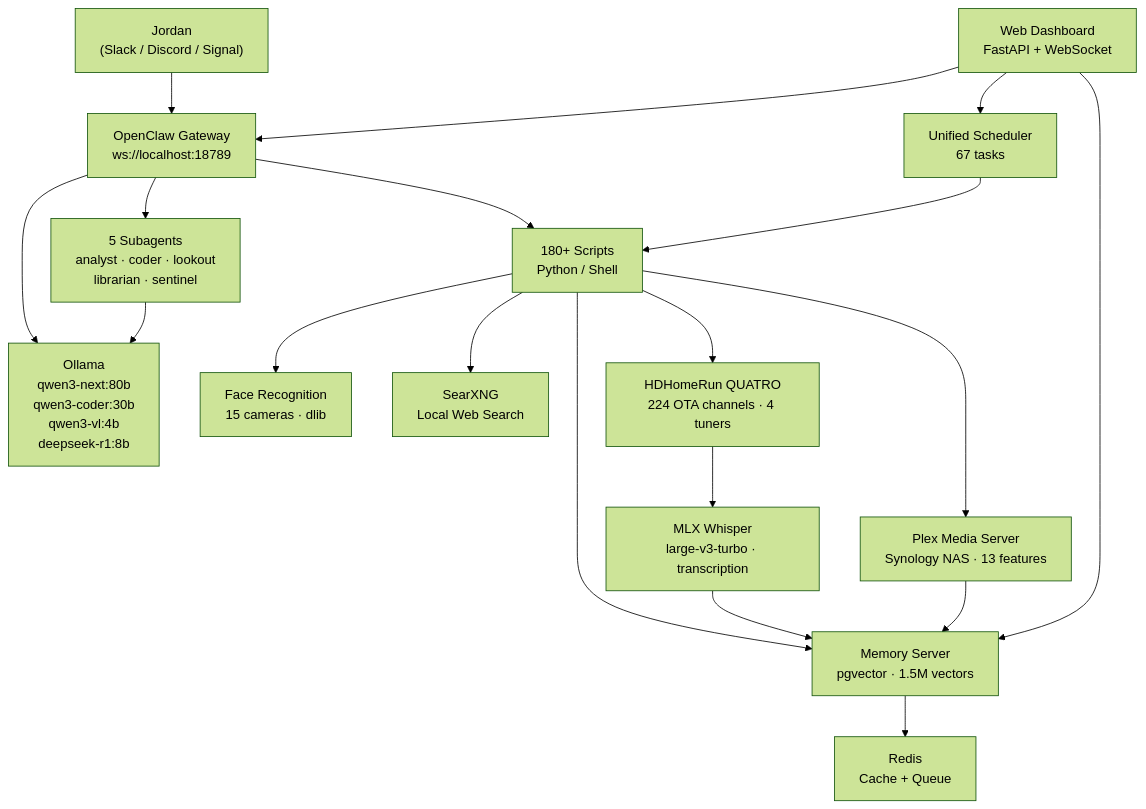
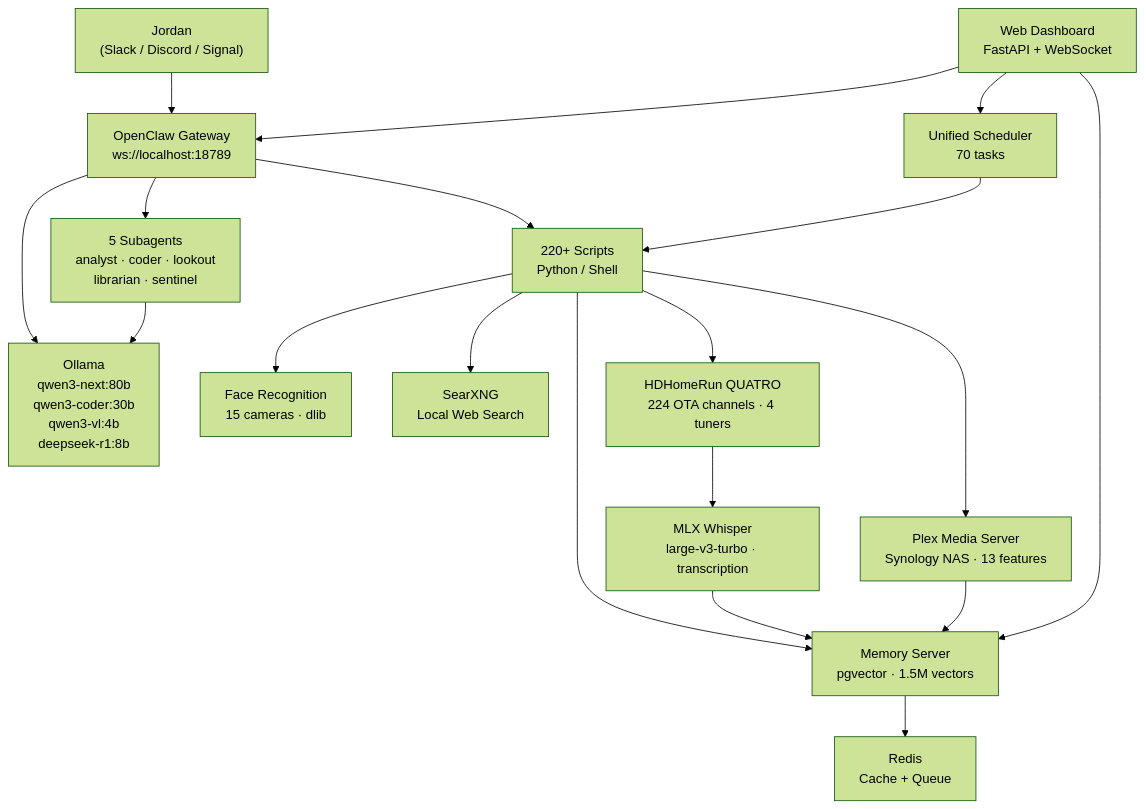
Before and after one commit to kochj23/nova: the first of 6 diagrams in README.md, drawn with Mermaid (forest theme). The commit also changed other lines of this file and 19 other files, not shown here.

````diff
--- a/README.md
+++ b/README.md
@@ -33,36 +33,36 @@
 ```mermaid
 graph TD
     Jordan["Jordan<br/>(Slack / Discord / Signal)"]
     GW["OpenClaw Gateway<br/>ws://localhost:18789"]
     Ollama["Ollama<br/>qwen3-next:80b<br/>qwen3-coder:30b<br/>qwen3-vl:4b<br/>deepseek-r1:8b"]
-    Scheduler["Unified Scheduler<br/>67 tasks"]
+    Scheduler["Unified Scheduler<br/>70 tasks"]
     MemServer["Memory Server<br/>pgvector · 1.5M vectors"]
     FaceRec["Face Recognition<br/>15 cameras · dlib"]
     Dashboard["Web Dashboard<br/>FastAPI + WebSocket"]
-    Scripts["180+ Scripts<br/>Python / Shell"]
+    Scripts["220+ Scripts<br/>Python / Shell"]
     SearXNG["SearXNG<br/>Local Web Search"]
     Redis["Redis<br/>Cache + Queue"]
     Subagents["5 Subagents<br/>analyst · coder · lookout<br/>librarian · sentinel"]
     Plex["Plex Media Server<br/>Synology NAS · 13 features"]
     HDHomeRun["HDHomeRun QUATRO<br/>224 OTA channels · 4 tuners"]
     MLXWhisper["MLX Whisper<br/>large-v3-turbo · transcription"]
 
     Jordan --> GW
     GW --> Ollama
     GW --> Scripts
     Scheduler --> Scripts
     Scripts --> MemServer
     Scripts --> FaceRec
     MemServer --> Redis
     GW --> Subagents
     Subagents --> Ollama
     Scripts --> SearXNG
     Scripts --> Plex
     Scripts --> HDHomeRun
     HDHomeRun --> MLXWhisper
     MLXWhisper --> MemServer
     Plex --> MemServer
     Dashboard --> GW
     Dashboard --> MemServer
     Dashboard --> Scheduler
 ```
````
